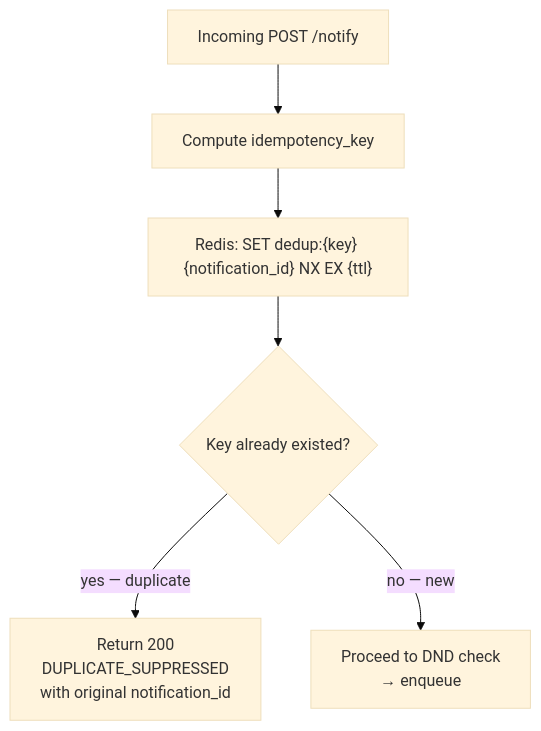
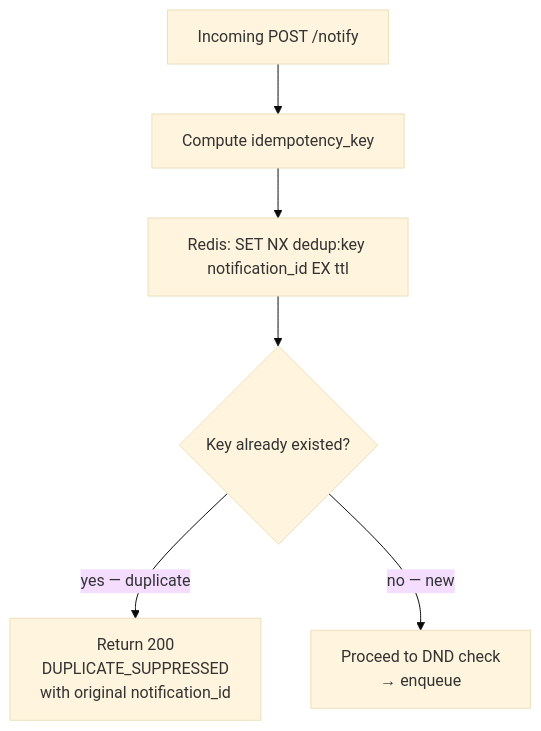
The second of 3 diagrams in notification-service/design/quota-and-dedup.md (bindian0509/system-design), drawn with Mermaid (base theme) before and after one commit. The commit also changed other lines of this file and 9 other files, not shown here.

Commit message:
fixing mermaid

````diff
--- a/notification-service/design/quota-and-dedup.md
+++ b/notification-service/design/quota-and-dedup.md
@@ -89,8 +89,8 @@
 ```mermaid
 flowchart TD
     REQ[Incoming POST /notify] --> KEY[Compute idempotency_key]
-    KEY --> SETNX["Redis: SET dedup:{key} {notification_id} NX EX {ttl}"]
+    KEY --> SETNX["Redis: SET NX dedup:key notification_id EX ttl"]
     SETNX --> EXISTS{Key already existed?}
     EXISTS -->|yes — duplicate| RETURN[Return 200\nDUPLICATE_SUPPRESSED\nwith original notification_id]
     EXISTS -->|no — new| PROCEED[Proceed to DND check\n→ enqueue]
 ```
````
